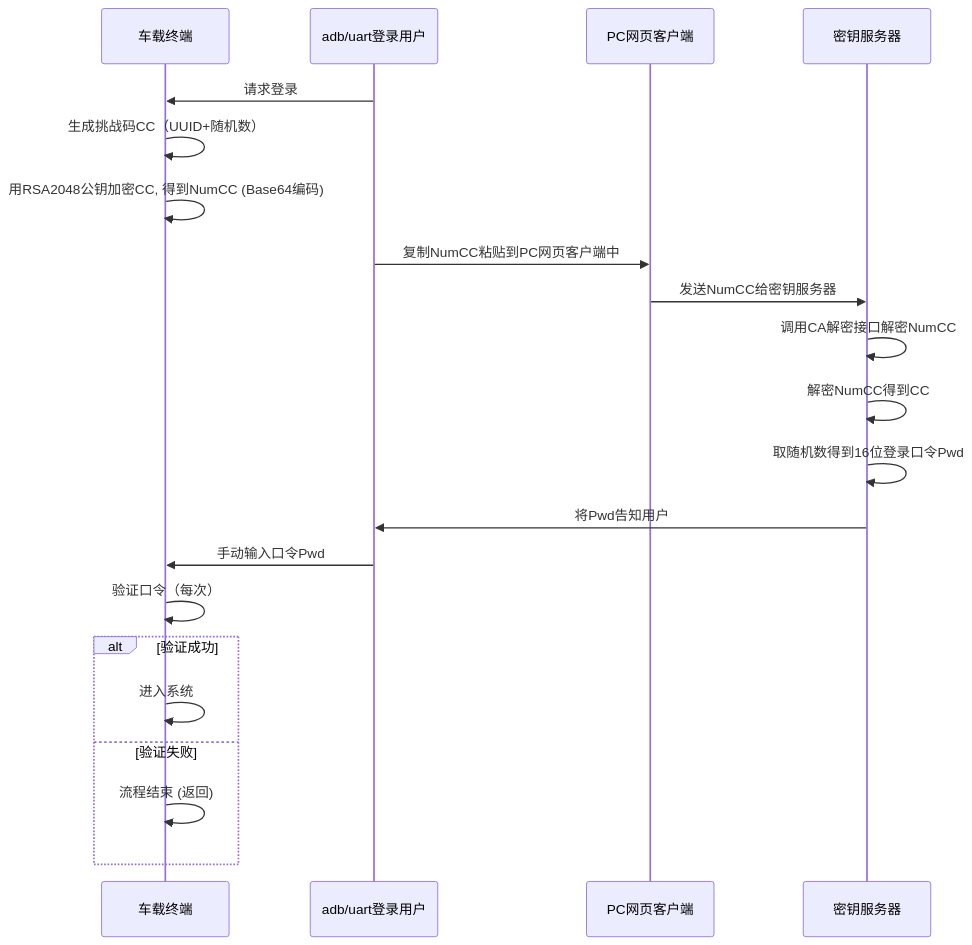
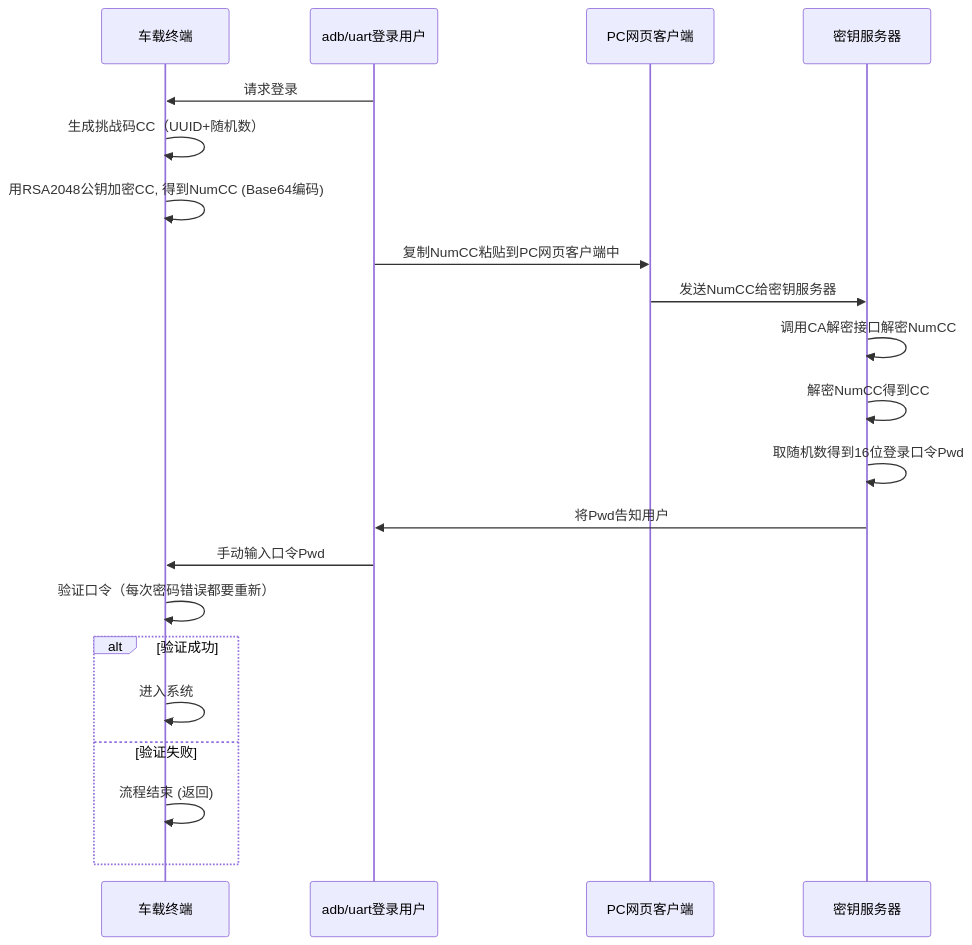
Before and after one commit to facebook-cloud/iodraw-files: the diagram in all/未命名-16.md, drawn with Mermaid.

Commit message:
2026-02-05 18:00:35 update

````diff
--- a/all/未命名-16.md
+++ b/all/未命名-16.md
@@ -1,27 +1,27 @@
 ```mermaid
 sequenceDiagram
     participant tbox as 车载终端
     participant user as adb/uart登录用户
     participant pc as PC网页客户端
     participant tech_center as 密钥服务器
   
 
     user->>tbox: 请求登录
     tbox->>tbox: 生成挑战码CC（UUID+随机数）
     tbox->>tbox: 用RSA2048公钥加密CC, 得到NumCC (Base64编码)
     user->>pc: 复制NumCC粘贴到PC网页客户端中
     pc->>tech_center: 发送NumCC给密钥服务器
     tech_center->>tech_center: 调用CA解密接口解密NumCC
     tech_center->>tech_center: 解密NumCC得到CC
     tech_center->>tech_center: 取随机数得到16位登录口令Pwd
     tech_center->>user: 将Pwd告知用户
     user->>tbox: 手动输入口令Pwd
-    tbox->>tbox: 验证口令（每次）
+    tbox->>tbox: 验证口令（每次密码错误都要重新）
     alt 验证成功
         tbox->>tbox: 进入系统
     else 验证失败
         tbox->>tbox: 流程结束 (返回)
     end
 
 
 ```
````
